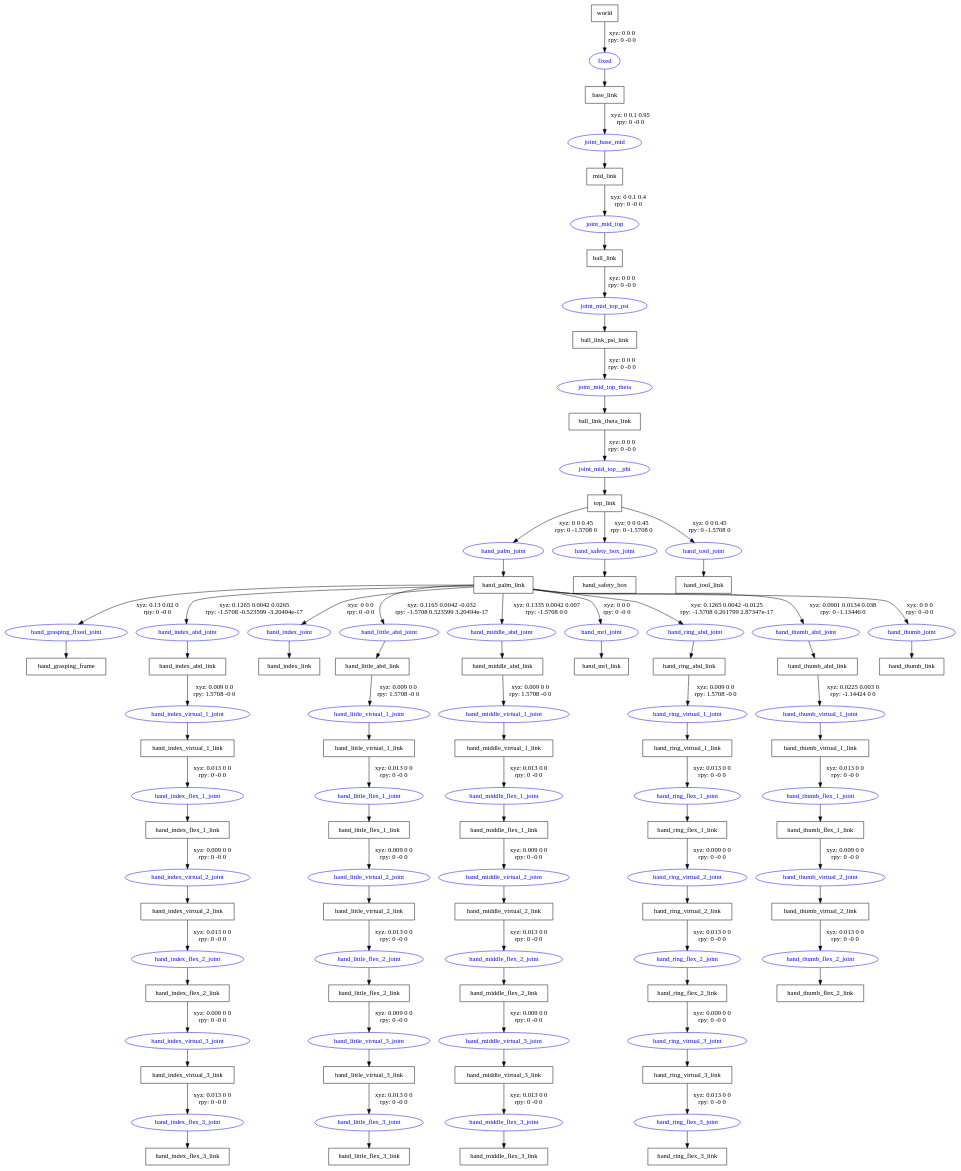
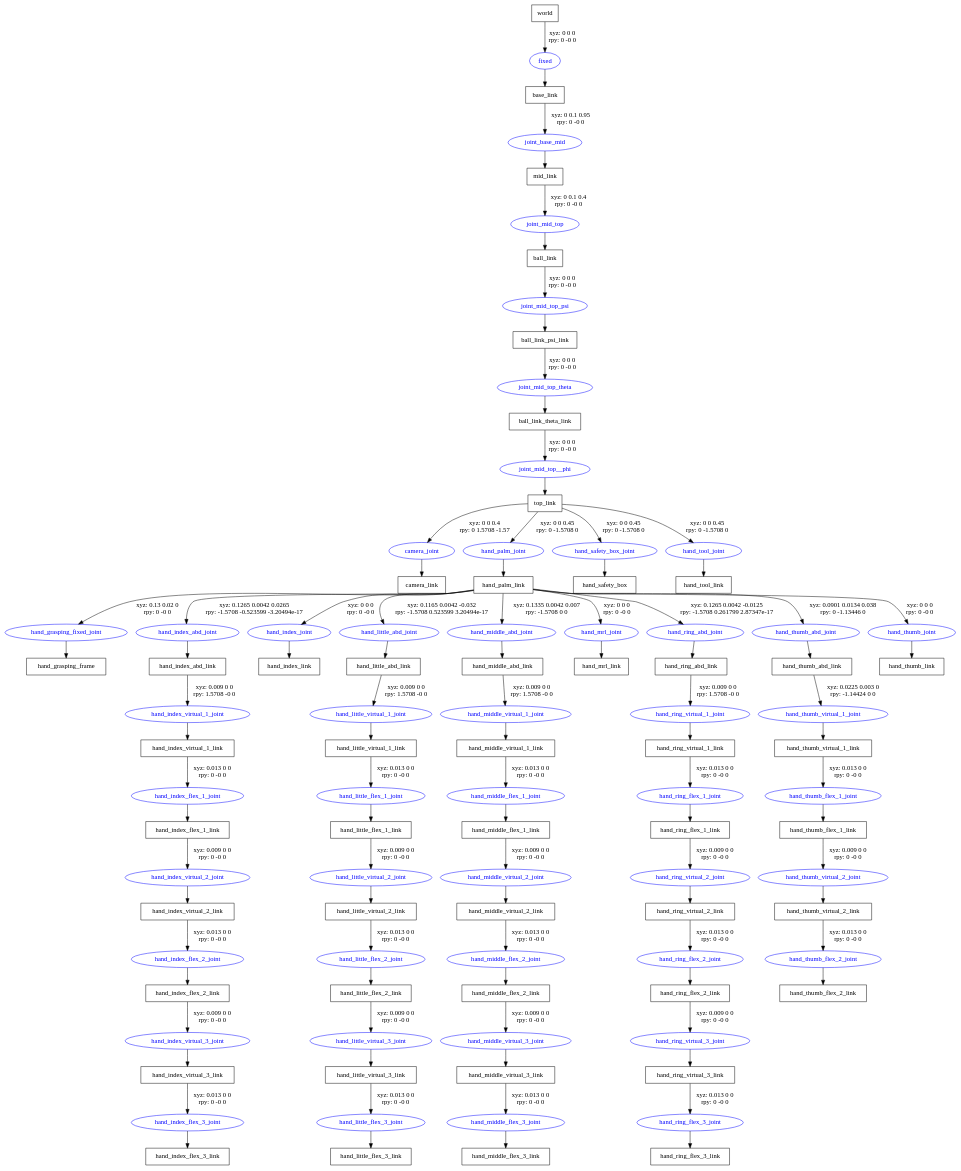
The diagram in sim_env_ws/src/arm_description/urdf/arm_stand.gv (Mohammedelsayed412/prosthetic_hand_simulator), drawn with Graphviz before and after one commit. The commit also changed 3 other files, not shown here.

```diff
--- a/sim_env_ws/src/arm_description/urdf/arm_stand.gv
+++ b/sim_env_ws/src/arm_description/urdf/arm_stand.gv
@@ -1,143 +1,146 @@
 digraph G {
 node [shape=box];
 "world" [label="world"];
 "base_link" [label="base_link"];
 "mid_link" [label="mid_link"];
 "ball_link" [label="ball_link"];
 "ball_link_psi_link" [label="ball_link_psi_link"];
 "ball_link_theta_link" [label="ball_link_theta_link"];
 "top_link" [label="top_link"];
+"camera_link" [label="camera_link"];
 "hand_palm_link" [label="hand_palm_link"];
 "hand_grasping_frame" [label="hand_grasping_frame"];
 "hand_index_abd_link" [label="hand_index_abd_link"];
 "hand_index_virtual_1_link" [label="hand_index_virtual_1_link"];
 "hand_index_flex_1_link" [label="hand_index_flex_1_link"];
 "hand_index_virtual_2_link" [label="hand_index_virtual_2_link"];
 "hand_index_flex_2_link" [label="hand_index_flex_2_link"];
 "hand_index_virtual_3_link" [label="hand_index_virtual_3_link"];
 "hand_index_flex_3_link" [label="hand_index_flex_3_link"];
 "hand_index_link" [label="hand_index_link"];
 "hand_little_abd_link" [label="hand_little_abd_link"];
 "hand_little_virtual_1_link" [label="hand_little_virtual_1_link"];
 "hand_little_flex_1_link" [label="hand_little_flex_1_link"];
 "hand_little_virtual_2_link" [label="hand_little_virtual_2_link"];
 "hand_little_flex_2_link" [label="hand_little_flex_2_link"];
 "hand_little_virtual_3_link" [label="hand_little_virtual_3_link"];
 "hand_little_flex_3_link" [label="hand_little_flex_3_link"];
 "hand_middle_abd_link" [label="hand_middle_abd_link"];
 "hand_middle_virtual_1_link" [label="hand_middle_virtual_1_link"];
 "hand_middle_flex_1_link" [label="hand_middle_flex_1_link"];
 "hand_middle_virtual_2_link" [label="hand_middle_virtual_2_link"];
 "hand_middle_flex_2_link" [label="hand_middle_flex_2_link"];
 "hand_middle_virtual_3_link" [label="hand_middle_virtual_3_link"];
 "hand_middle_flex_3_link" [label="hand_middle_flex_3_link"];
 "hand_mrl_link" [label="hand_mrl_link"];
 "hand_ring_abd_link" [label="hand_ring_abd_link"];
 "hand_ring_virtual_1_link" [label="hand_ring_virtual_1_link"];
 "hand_ring_flex_1_link" [label="hand_ring_flex_1_link"];
 "hand_ring_virtual_2_link" [label="hand_ring_virtual_2_link"];
 "hand_ring_flex_2_link" [label="hand_ring_flex_2_link"];
 "hand_ring_virtual_3_link" [label="hand_ring_virtual_3_link"];
 "hand_ring_flex_3_link" [label="hand_ring_flex_3_link"];
 "hand_thumb_abd_link" [label="hand_thumb_abd_link"];
 "hand_thumb_virtual_1_link" [label="hand_thumb_virtual_1_link"];
 "hand_thumb_flex_1_link" [label="hand_thumb_flex_1_link"];
 "hand_thumb_virtual_2_link" [label="hand_thumb_virtual_2_link"];
 "hand_thumb_flex_2_link" [label="hand_thumb_flex_2_link"];
 "hand_thumb_link" [label="hand_thumb_link"];
 "hand_safety_box" [label="hand_safety_box"];
 "hand_tool_link" [label="hand_tool_link"];
 node [shape=ellipse, color=blue, fontcolor=blue];
 "world" -> "fixed" [label="xyz: 0 0 0 \nrpy: 0 -0 0"]
 "fixed" -> "base_link"
 "base_link" -> "joint_base_mid" [label="xyz: 0 0.1 0.95 \nrpy: 0 -0 0"]
 "joint_base_mid" -> "mid_link"
 "mid_link" -> "joint_mid_top" [label="xyz: 0 0.1 0.4 \nrpy: 0 -0 0"]
 "joint_mid_top" -> "ball_link"
 "ball_link" -> "joint_mid_top_psi" [label="xyz: 0 0 0 \nrpy: 0 -0 0"]
 "joint_mid_top_psi" -> "ball_link_psi_link"
 "ball_link_psi_link" -> "joint_mid_top_theta" [label="xyz: 0 0 0 \nrpy: 0 -0 0"]
 "joint_mid_top_theta" -> "ball_link_theta_link"
 "ball_link_theta_link" -> "joint_mid_top__phi" [label="xyz: 0 0 0 \nrpy: 0 -0 0"]
 "joint_mid_top__phi" -> "top_link"
+"top_link" -> "camera_joint" [label="xyz: 0 0 0.4 \nrpy: 0 1.5708 -1.57"]
+"camera_joint" -> "camera_link"
 "top_link" -> "hand_palm_joint" [label="xyz: 0 0 0.45 \nrpy: 0 -1.5708 0"]
 "hand_palm_joint" -> "hand_palm_link"
 "hand_palm_link" -> "hand_grasping_fixed_joint" [label="xyz: 0.13 0.02 0 \nrpy: 0 -0 0"]
 "hand_grasping_fixed_joint" -> "hand_grasping_frame"
 "hand_palm_link" -> "hand_index_abd_joint" [label="xyz: 0.1265 0.0042 0.0265 \nrpy: -1.5708 -0.523599 -3.20494e-17"]
 "hand_index_abd_joint" -> "hand_index_abd_link"
 "hand_index_abd_link" -> "hand_index_virtual_1_joint" [label="xyz: 0.009 0 0 \nrpy: 1.5708 -0 0"]
 "hand_index_virtual_1_joint" -> "hand_index_virtual_1_link"
 "hand_index_virtual_1_link" -> "hand_index_flex_1_joint" [label="xyz: 0.013 0 0 \nrpy: 0 -0 0"]
 "hand_index_flex_1_joint" -> "hand_index_flex_1_link"
 "hand_index_flex_1_link" -> "hand_index_virtual_2_joint" [label="xyz: 0.009 0 0 \nrpy: 0 -0 0"]
 "hand_index_virtual_2_joint" -> "hand_index_virtual_2_link"
 "hand_index_virtual_2_link" -> "hand_index_flex_2_joint" [label="xyz: 0.013 0 0 \nrpy: 0 -0 0"]
 "hand_index_flex_2_joint" -> "hand_index_flex_2_link"
 "hand_index_flex_2_link" -> "hand_index_virtual_3_joint" [label="xyz: 0.009 0 0 \nrpy: 0 -0 0"]
 "hand_index_virtual_3_joint" -> "hand_index_virtual_3_link"
 "hand_index_virtual_3_link" -> "hand_index_flex_3_joint" [label="xyz: 0.013 0 0 \nrpy: 0 -0 0"]
 "hand_index_flex_3_joint" -> "hand_index_flex_3_link"
 "hand_palm_link" -> "hand_index_joint" [label="xyz: 0 0 0 \nrpy: 0 -0 0"]
 "hand_index_joint" -> "hand_index_link"
 "hand_palm_link" -> "hand_little_abd_joint" [label="xyz: 0.1165 0.0042 -0.032 \nrpy: -1.5708 0.523599 3.20494e-17"]
 "hand_little_abd_joint" -> "hand_little_abd_link"
 "hand_little_abd_link" -> "hand_little_virtual_1_joint" [label="xyz: 0.009 0 0 \nrpy: 1.5708 -0 0"]
 "hand_little_virtual_1_joint" -> "hand_little_virtual_1_link"
 "hand_little_virtual_1_link" -> "hand_little_flex_1_joint" [label="xyz: 0.013 0 0 \nrpy: 0 -0 0"]
 "hand_little_flex_1_joint" -> "hand_little_flex_1_link"
 "hand_little_flex_1_link" -> "hand_little_virtual_2_joint" [label="xyz: 0.009 0 0 \nrpy: 0 -0 0"]
 "hand_little_virtual_2_joint" -> "hand_little_virtual_2_link"
 "hand_little_virtual_2_link" -> "hand_little_flex_2_joint" [label="xyz: 0.013 0 0 \nrpy: 0 -0 0"]
 "hand_little_flex_2_joint" -> "hand_little_flex_2_link"
 "hand_little_flex_2_link" -> "hand_little_virtual_3_joint" [label="xyz: 0.009 0 0 \nrpy: 0 -0 0"]
 "hand_little_virtual_3_joint" -> "hand_little_virtual_3_link"
 "hand_little_virtual_3_link" -> "hand_little_flex_3_joint" [label="xyz: 0.013 0 0 \nrpy: 0 -0 0"]
 "hand_little_flex_3_joint" -> "hand_little_flex_3_link"
 "hand_palm_link" -> "hand_middle_abd_joint" [label="xyz: 0.1335 0.0042 0.007 \nrpy: -1.5708 0 0"]
 "hand_middle_abd_joint" -> "hand_middle_abd_link"
 "hand_middle_abd_link" -> "hand_middle_virtual_1_joint" [label="xyz: 0.009 0 0 \nrpy: 1.5708 -0 0"]
 "hand_middle_virtual_1_joint" -> "hand_middle_virtual_1_link"
 "hand_middle_virtual_1_link" -> "hand_middle_flex_1_joint" [label="xyz: 0.013 0 0 \nrpy: 0 -0 0"]
 "hand_middle_flex_1_joint" -> "hand_middle_flex_1_link"
 "hand_middle_flex_1_link" -> "hand_middle_virtual_2_joint" [label="xyz: 0.009 0 0 \nrpy: 0 -0 0"]
 "hand_middle_virtual_2_joint" -> "hand_middle_virtual_2_link"
 "hand_middle_virtual_2_link" -> "hand_middle_flex_2_joint" [label="xyz: 0.013 0 0 \nrpy: 0 -0 0"]
 "hand_middle_flex_2_joint" -> "hand_middle_flex_2_link"
 "hand_middle_flex_2_link" -> "hand_middle_virtual_3_joint" [label="xyz: 0.009 0 0 \nrpy: 0 -0 0"]
 "hand_middle_virtual_3_joint" -> "hand_middle_virtual_3_link"
 "hand_middle_virtual_3_link" -> "hand_middle_flex_3_joint" [label="xyz: 0.013 0 0 \nrpy: 0 -0 0"]
 "hand_middle_flex_3_joint" -> "hand_middle_flex_3_link"
 "hand_palm_link" -> "hand_mrl_joint" [label="xyz: 0 0 0 \nrpy: 0 -0 0"]
 "hand_mrl_joint" -> "hand_mrl_link"
 "hand_palm_link" -> "hand_ring_abd_joint" [label="xyz: 0.1265 0.0042 -0.0125 \nrpy: -1.5708 0.261799 2.87347e-17"]
 "hand_ring_abd_joint" -> "hand_ring_abd_link"
 "hand_ring_abd_link" -> "hand_ring_virtual_1_joint" [label="xyz: 0.009 0 0 \nrpy: 1.5708 -0 0"]
 "hand_ring_virtual_1_joint" -> "hand_ring_virtual_1_link"
 "hand_ring_virtual_1_link" -> "hand_ring_flex_1_joint" [label="xyz: 0.013 0 0 \nrpy: 0 -0 0"]
 "hand_ring_flex_1_joint" -> "hand_ring_flex_1_link"
 "hand_ring_flex_1_link" -> "hand_ring_virtual_2_joint" [label="xyz: 0.009 0 0 \nrpy: 0 -0 0"]
 "hand_ring_virtual_2_joint" -> "hand_ring_virtual_2_link"
 "hand_ring_virtual_2_link" -> "hand_ring_flex_2_joint" [label="xyz: 0.013 0 0 \nrpy: 0 -0 0"]
 "hand_ring_flex_2_joint" -> "hand_ring_flex_2_link"
 "hand_ring_flex_2_link" -> "hand_ring_virtual_3_joint" [label="xyz: 0.009 0 0 \nrpy: 0 -0 0"]
 "hand_ring_virtual_3_joint" -> "hand_ring_virtual_3_link"
 "hand_ring_virtual_3_link" -> "hand_ring_flex_3_joint" [label="xyz: 0.013 0 0 \nrpy: 0 -0 0"]
 "hand_ring_flex_3_joint" -> "hand_ring_flex_3_link"
 "hand_palm_link" -> "hand_thumb_abd_joint" [label="xyz: 0.0901 0.0134 0.038 \nrpy: 0 -1.13446 0"]
 "hand_thumb_abd_joint" -> "hand_thumb_abd_link"
 "hand_thumb_abd_link" -> "hand_thumb_virtual_1_joint" [label="xyz: 0.0225 0.003 0 \nrpy: -1.14424 0 0"]
 "hand_thumb_virtual_1_joint" -> "hand_thumb_virtual_1_link"
 "hand_thumb_virtual_1_link" -> "hand_thumb_flex_1_joint" [label="xyz: 0.013 0 0 \nrpy: 0 -0 0"]
 "hand_thumb_flex_1_joint" -> "hand_thumb_flex_1_link"
 "hand_thumb_flex_1_link" -> "hand_thumb_virtual_2_joint" [label="xyz: 0.009 0 0 \nrpy: 0 -0 0"]
 "hand_thumb_virtual_2_joint" -> "hand_thumb_virtual_2_link"
 "hand_thumb_virtual_2_link" -> "hand_thumb_flex_2_joint" [label="xyz: 0.013 0 0 \nrpy: 0 -0 0"]
 "hand_thumb_flex_2_joint" -> "hand_thumb_flex_2_link"
 "hand_palm_link" -> "hand_thumb_joint" [label="xyz: 0 0 0 \nrpy: 0 -0 0"]
 "hand_thumb_joint" -> "hand_thumb_link"
 "top_link" -> "hand_safety_box_joint" [label="xyz: 0 0 0.45 \nrpy: 0 -1.5708 0"]
 "hand_safety_box_joint" -> "hand_safety_box"
 "top_link" -> "hand_tool_joint" [label="xyz: 0 0 0.45 \nrpy: 0 -1.5708 0"]
 "hand_tool_joint" -> "hand_tool_link"
 }
```
